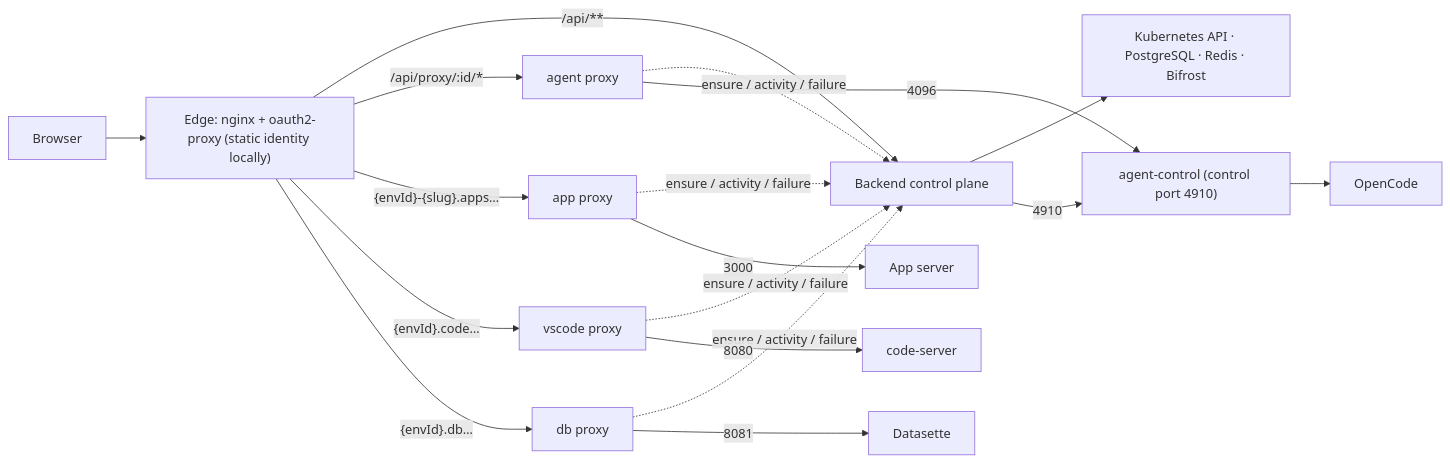
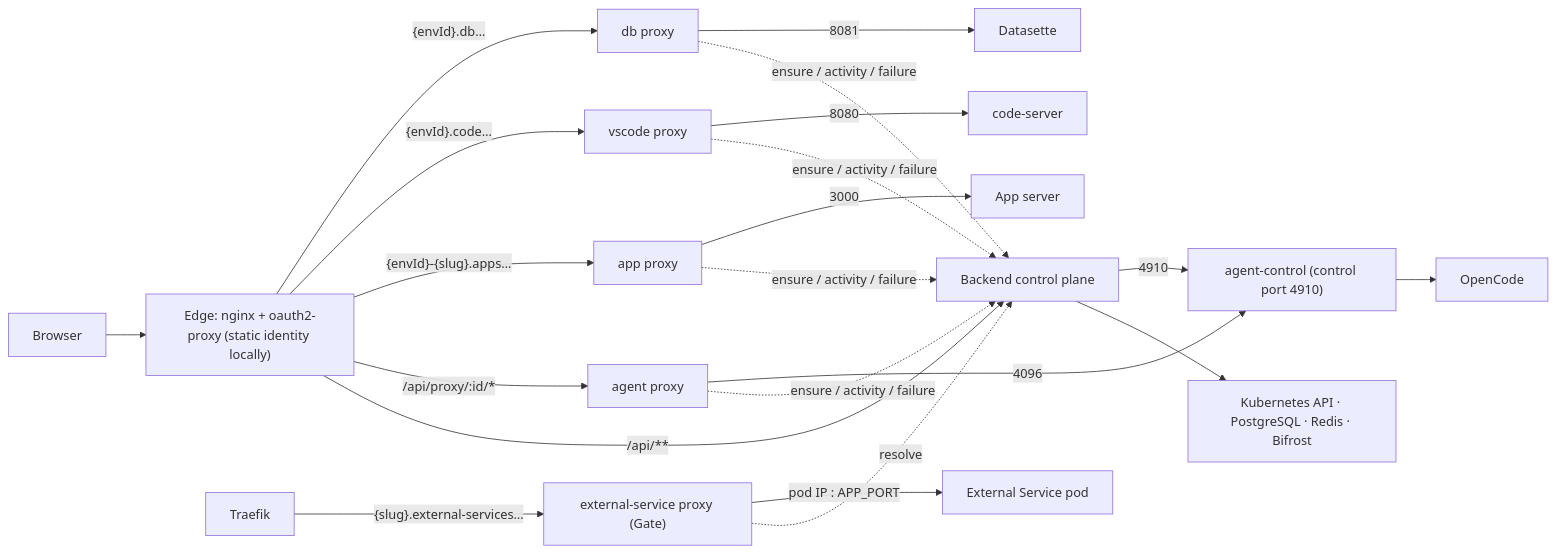
Before and after one commit to SimaDevelopment/opsiforce: the diagram in docs/runtime/request-flows.md, drawn with Mermaid. The commit also changed other lines of this file and 631 other files, not shown here.

Commit message:
feat: external services as transparent proxies

````diff
--- a/docs/runtime/request-flows.md
+++ b/docs/runtime/request-flows.md
@@ -19,19 +20,22 @@
 ```mermaid
 flowchart LR
   Browser --> Edge["Edge: nginx + oauth2-proxy (static identity locally)"]
   Edge -->|"/api/**"| Backend["Backend control plane"]
   Edge -->|"/api/proxy/:id/*"| Agent["agent proxy"]
   Edge -->|"{envId}-{slug}.apps…"| App["app proxy"]
   Edge -->|"{envId}.code…"| VSCode["vscode proxy"]
   Edge -->|"{envId}.db…"| DB["db proxy"]
+  Traefik["Traefik"] -->|"{slug}.external-services…"| GateProxy["external-service proxy (Gate)"]
+  GateProxy -. "resolve" .-> Backend
+  GateProxy -->|"pod IP : APP_PORT"| Service["External Service pod"]
 
   Agent & App & VSCode & DB -. "ensure / activity / failure" .-> Backend
   Backend --> State["Kubernetes API · PostgreSQL · Redis · Bifrost"]
 
   Agent -->|4096| Control["agent-control (control port 4910)"]
   Control --> OpenCode["OpenCode"]
   App -->|3000| Webapp["App server"]
   VSCode -->|8080| Code["code-server"]
   DB -->|8081| Datasette["Datasette"]
   Backend -->|4910| Control
 ```
````
